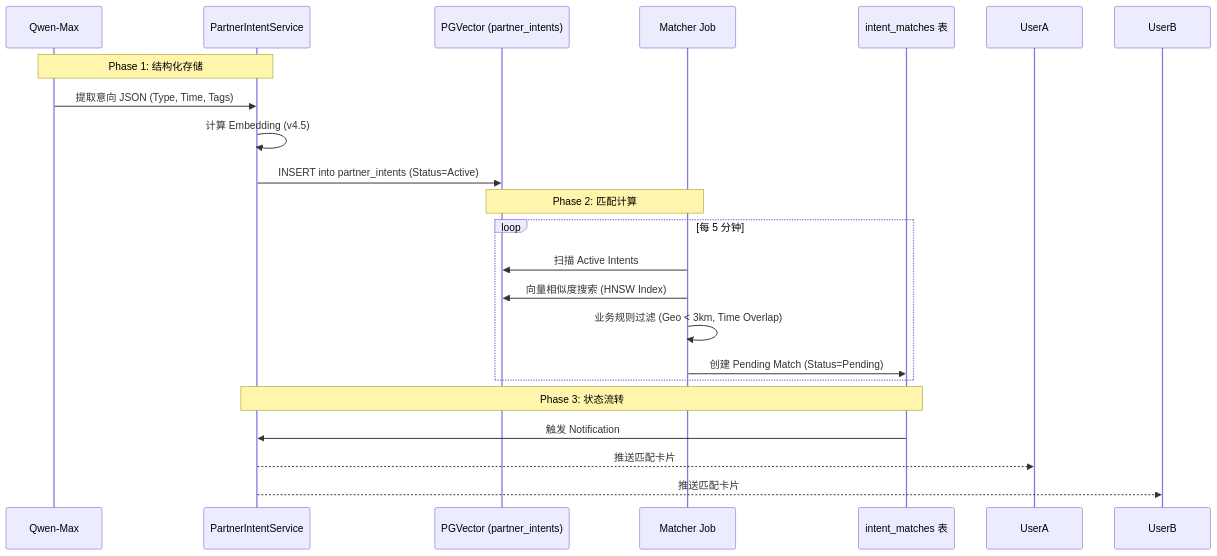
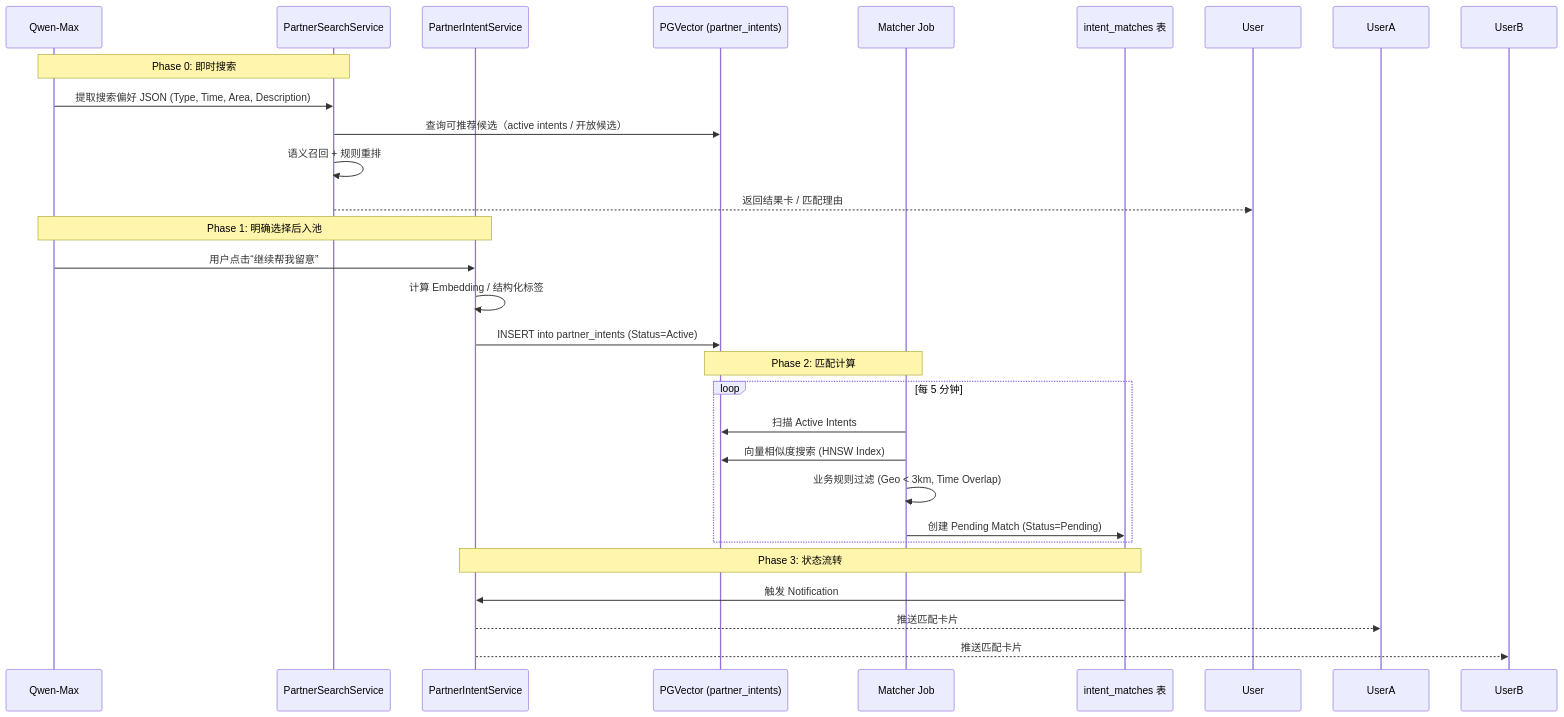
Before and after one commit to sylasxu/xu: the second of 4 diagrams in docs/TAD.md, drawn with Mermaid. The commit also changed other lines of this file and 103 other files, not shown here.

````diff
--- a/docs/TAD.md
+++ b/docs/TAD.md
@@ -2542,26 +2574,33 @@
 ```mermaid
 sequenceDiagram
     participant LLM as Qwen-Max
+    participant Search as PartnerSearchService
     participant API as PartnerIntentService
     participant DB as PGVector (partner_intents)
     participant Cron as Matcher Job
     participant Match as intent_matches 表
 
-    Note over LLM, API: Phase 1: 结构化存储
-    LLM->>API: 提取意向 JSON (Type, Time, Tags)
-    API->>API: 计算 Embedding (v4.5)
+    Note over LLM, Search: Phase 0: 即时搜索
+    LLM->>Search: 提取搜索偏好 JSON (Type, Time, Area, Description)
+    Search->>DB: 查询可推荐候选（active intents / 开放候选）
+    Search->>Search: 语义召回 + 规则重排
+    Search-->>User: 返回结果卡 / 匹配理由
+
+    Note over LLM, API: Phase 1: 明确选择后入池
+    LLM->>API: 用户点击“继续帮我留意”
+    API->>API: 计算 Embedding / 结构化标签
     API->>DB: INSERT into partner_intents (Status=Active)
     
     Note over Cron, DB: Phase 2: 匹配计算
     loop 每 5 分钟
         Cron->>DB: 扫描 Active Intents
         Cron->>DB: 向量相似度搜索 (HNSW Index)
         Cron->>Cron: 业务规则过滤 (Geo < 3km, Time Overlap)
         Cron->>Match: 创建 Pending Match (Status=Pending)
     end
     
     Note over Match, API: Phase 3: 状态流转
     Match->>API: 触发 Notification
     API-->>UserA: 推送匹配卡片
     API-->>UserB: 推送匹配卡片
 ```
````
